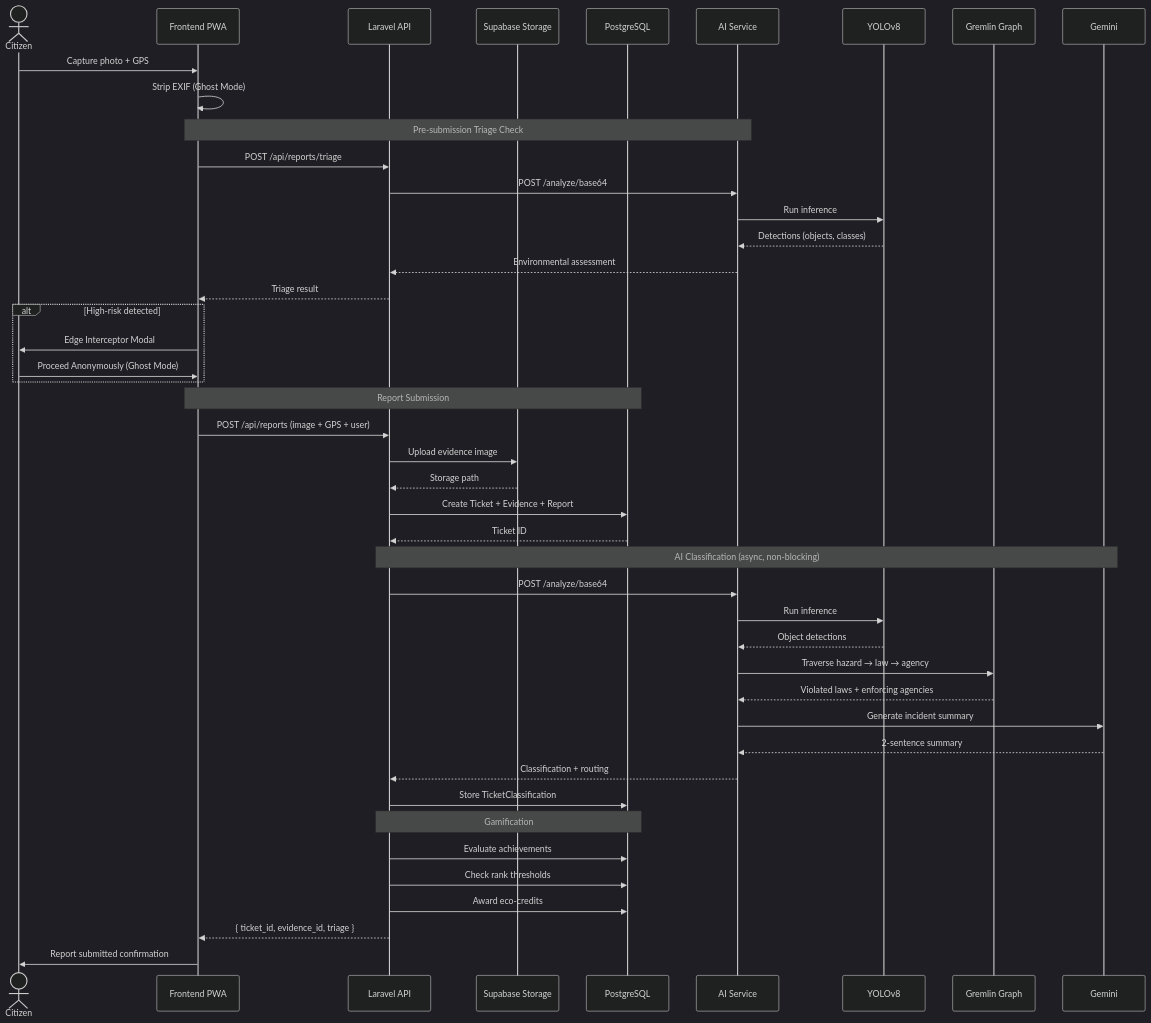
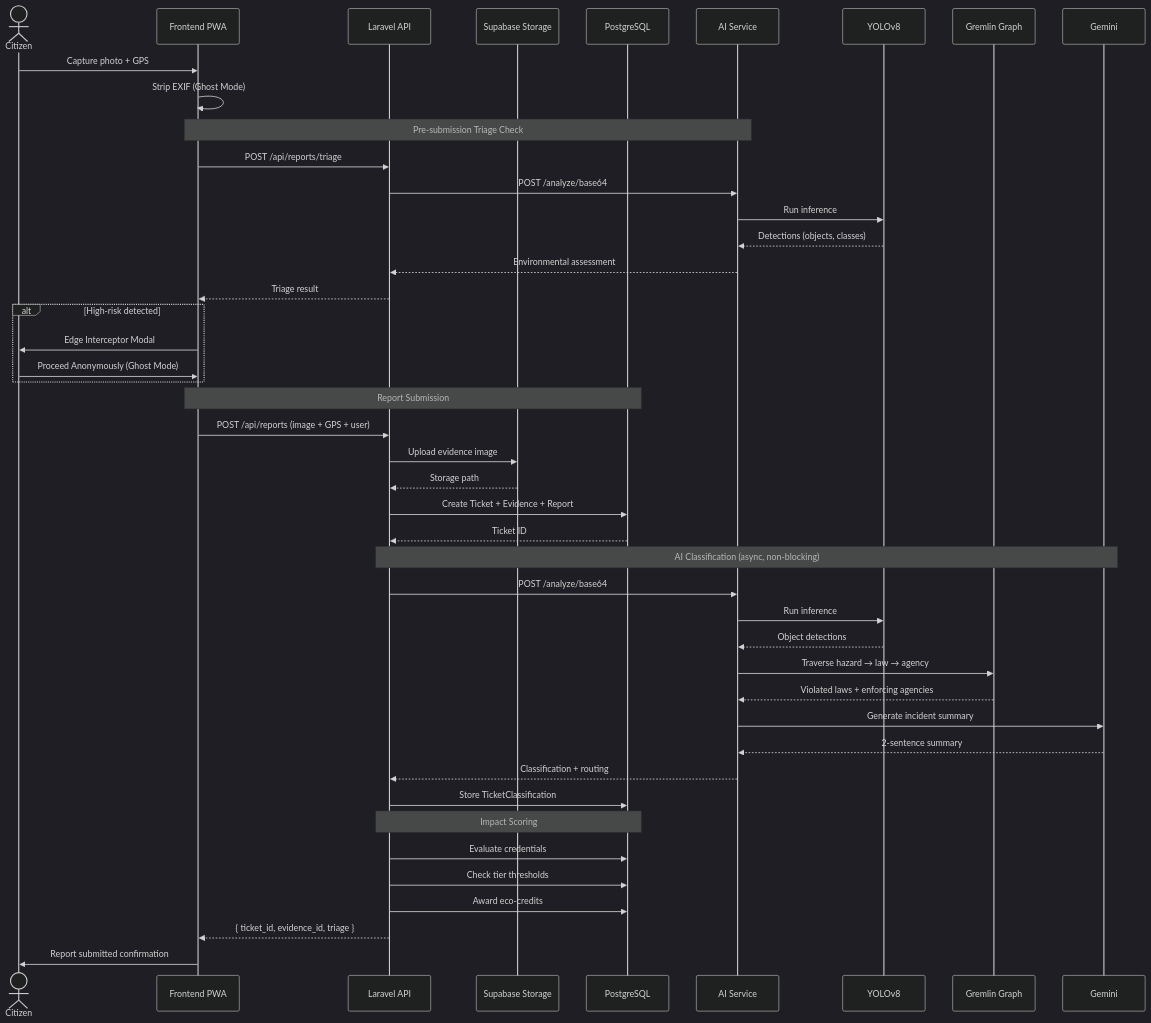
The second of 4 diagrams in docs/dataflow-diagram.md (J-Akiru5/LikasLens), drawn with Mermaid (dark theme) before and after one commit. The commit also changed other lines of this file and 1 other file, not shown here.

````diff
--- a/docs/dataflow-diagram.md
+++ b/docs/dataflow-diagram.md
@@ -124,54 +124,54 @@
 ```mermaid
 sequenceDiagram
     actor Citizen
     participant PWA as Frontend PWA
     participant API as Laravel API
     participant Storage as Supabase Storage
     participant DB as PostgreSQL
     participant AI as AI Service
     participant YOLO as YOLOv8
     participant Graph as Gremlin Graph
     participant LLM as Gemini
 
     Citizen->>PWA: Capture photo + GPS
     PWA->>PWA: Strip EXIF (Ghost Mode)
 
     Note over PWA,AI: Pre-submission Triage Check
     PWA->>API: POST /api/reports/triage
     API->>AI: POST /analyze/base64
     AI->>YOLO: Run inference
     YOLO-->>AI: Detections (objects, classes)
     AI-->>API: Environmental assessment
     API-->>PWA: Triage result
 
     alt High-risk detected
         PWA->>Citizen: Edge Interceptor Modal
         Citizen->>PWA: Proceed Anonymously (Ghost Mode)
     end
 
     Note over PWA,DB: Report Submission
     PWA->>API: POST /api/reports (image + GPS + user)
     API->>Storage: Upload evidence image
     Storage-->>API: Storage path
     API->>DB: Create Ticket + Evidence + Report
     DB-->>API: Ticket ID
 
     Note over API,LLM: AI Classification (async, non-blocking)
     API->>AI: POST /analyze/base64
     AI->>YOLO: Run inference
     YOLO-->>AI: Object detections
     AI->>Graph: Traverse hazard → law → agency
     Graph-->>AI: Violated laws + enforcing agencies
     AI->>LLM: Generate incident summary
     LLM-->>AI: 2-sentence summary
     AI-->>API: Classification + routing
     API->>DB: Store TicketClassification
 
-    Note over API,DB: Gamification
-    API->>DB: Evaluate achievements
-    API->>DB: Check rank thresholds
+    Note over API,DB: Impact Scoring
+    API->>DB: Evaluate credentials
+    API->>DB: Check tier thresholds
     API->>DB: Award eco-credits
 
     API-->>PWA: { ticket_id, evidence_id, triage }
     PWA->>Citizen: Report submitted confirmation
 ```
````
